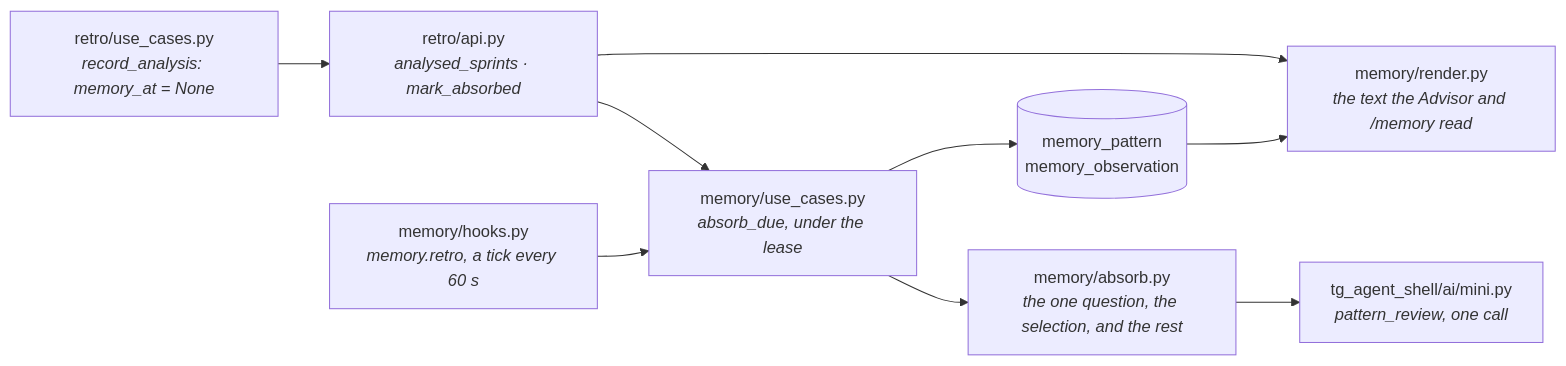
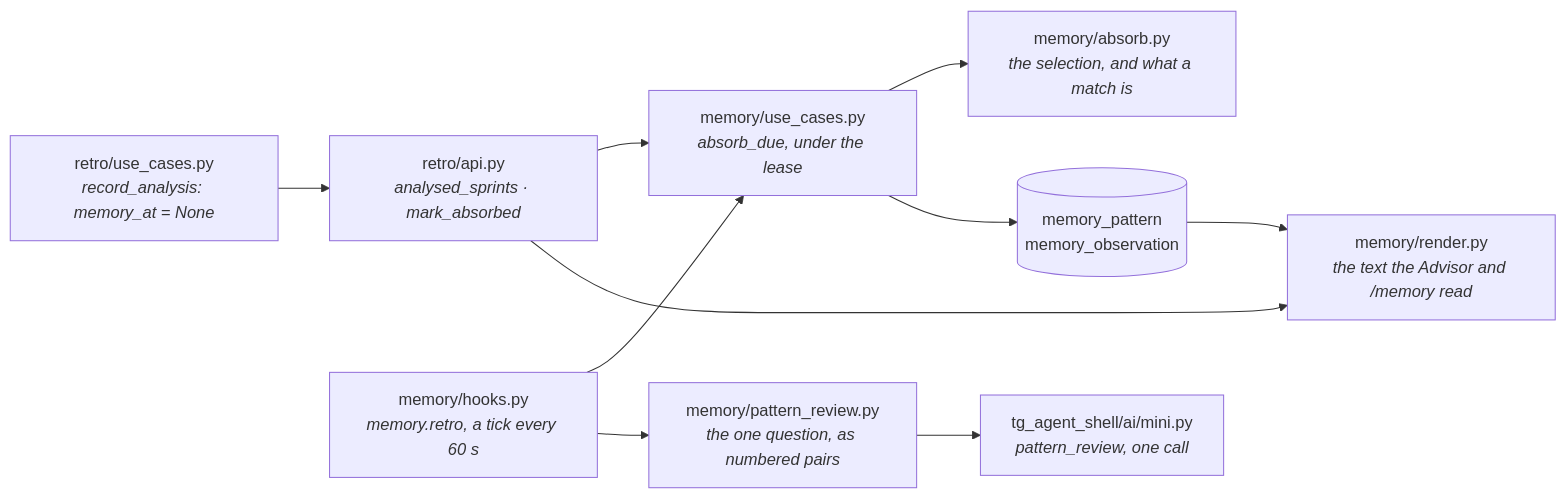
One commit to myvaheed/tg-ai-safwa changed the third of 4 diagrams in docs/SPRINT_ANALYSE_TO_RETRO_AND_MEM.md. Above: the diagram before and after it, drawn with Mermaid. The commit also changed other lines of this file and 79 other files, not shown here.

````diff
--- a/docs/SPRINT_ANALYSE_TO_RETRO_AND_MEM.md
+++ b/docs/SPRINT_ANALYSE_TO_RETRO_AND_MEM.md
@@ -194,16 +194,18 @@
 ```mermaid
 flowchart LR
     UC["retro/use_cases.py<br/><i>record_analysis: memory_at = None</i>"]
     API["retro/api.py<br/><i>analysed_sprints · mark_absorbed</i>"]
     BG["memory/hooks.py<br/><i>memory.retro, a tick every 60 s</i>"]
     MU["memory/use_cases.py<br/><i>absorb_due, under the lease</i>"]
-    AB["memory/absorb.py<br/><i>the one question, the selection, and the rest</i>"]
+    AB["memory/absorb.py<br/><i>the selection, and what a match is</i>"]
+    PR["memory/pattern_review.py<br/><i>the one question, as numbered pairs</i>"]
     MI["tg_agent_shell/ai/mini.py<br/><i>pattern_review, one call</i>"]
     DB[("memory_pattern<br/>memory_observation")]
     RD["memory/render.py<br/><i>the text the Advisor and /memory read</i>"]
     UC --> API --> MU
-    BG --> MU --> AB --> MI
+    BG --> MU --> AB
+    BG --> PR --> MI
     MU --> DB
     DB --> RD
     API --> RD
 ```
````
